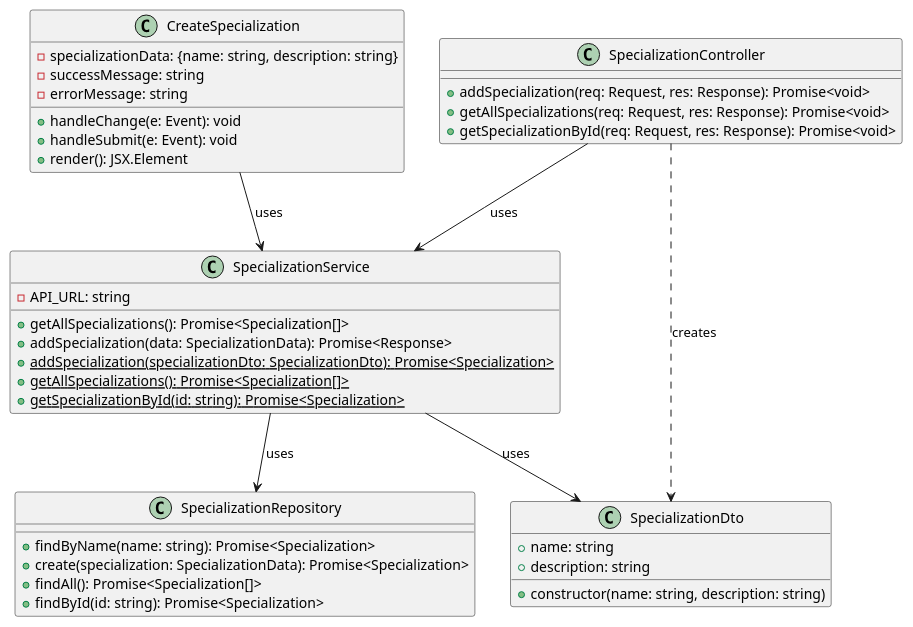
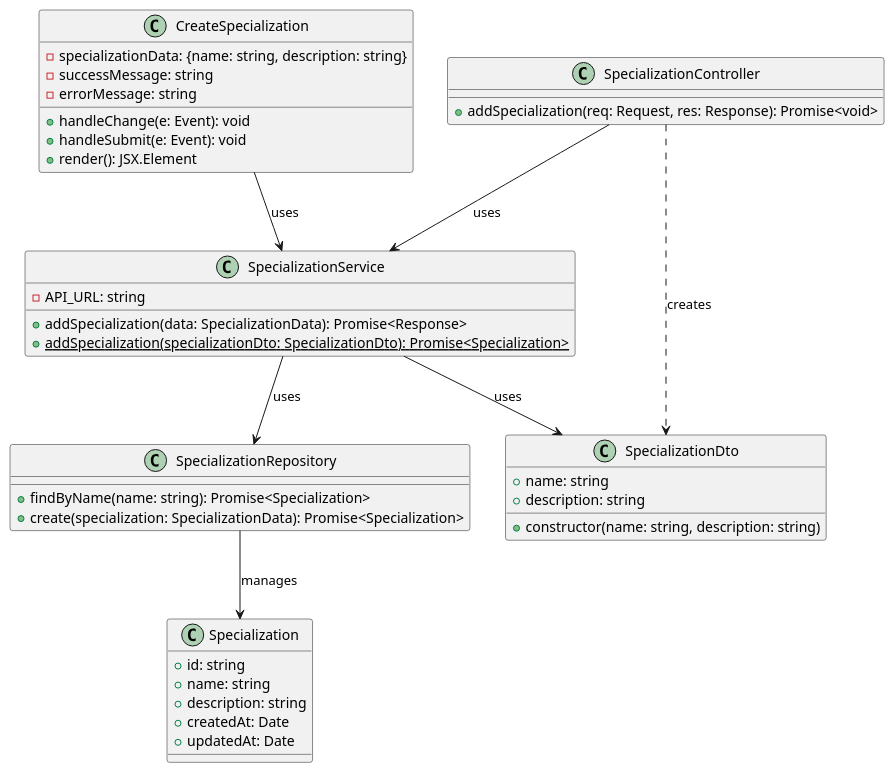
Before and after one commit to HugBar/3DC_G17: the diagram in docs/Sprint3/US 7.2.11/CD.puml, drawn with PlantUML. The commit also changed 5 other files, not shown here.

```diff
--- a/docs/Sprint3/US 7.2.11/CD.puml
+++ b/docs/Sprint3/US 7.2.11/CD.puml
@@ -1,52 +1,54 @@
-@startuml Add New Specialization Class Diagram
+@startuml Create Specialization Class Diagram
 
 ' Frontend Components
 class CreateSpecialization {
-  - specializationData: {name: string, description: string}
-  - successMessage: string
-  - errorMessage: string
-  + handleChange(e: Event): void
-  + handleSubmit(e: Event): void
-  + render(): JSX.Element
+  -specializationData: {name: string, description: string}
+  -successMessage: string
+  -errorMessage: string
+  +handleChange(e: Event): void
+  +handleSubmit(e: Event): void
+  +render(): JSX.Element
 }
 
 class SpecializationService {
-  - API_URL: string
-  + getAllSpecializations(): Promise<Specialization[]>
-  + addSpecialization(data: SpecializationData): Promise<Response>
+  -API_URL: string
+  +addSpecialization(data: SpecializationData): Promise<Response>
 }
 
 ' Backend Components
 class SpecializationController {
-  + addSpecialization(req: Request, res: Response): Promise<void>
-  + getAllSpecializations(req: Request, res: Response): Promise<void>
-  + getSpecializationById(req: Request, res: Response): Promise<void>
+  +addSpecialization(req: Request, res: Response): Promise<void>
 }
 
 class SpecializationService {
-  + {static} addSpecialization(specializationDto: SpecializationDto): Promise<Specialization>
-  + {static} getAllSpecializations(): Promise<Specialization[]>
-  + {static} getSpecializationById(id: string): Promise<Specialization>
+  +{static} addSpecialization(specializationDto: SpecializationDto): Promise<Specialization>
 }
 
 class SpecializationRepository {
-  + findByName(name: string): Promise<Specialization>
-  + create(specialization: SpecializationData): Promise<Specialization>
-  + findAll(): Promise<Specialization[]>
-  + findById(id: string): Promise<Specialization>
+  +findByName(name: string): Promise<Specialization>
+  +create(specialization: SpecializationData): Promise<Specialization>
 }
 
 class SpecializationDto {
-  + name: string
-  + description: string
-  + constructor(name: string, description: string)
+  +name: string
+  +description: string
+  +constructor(name: string, description: string)
+}
+
+class Specialization {
+  +id: string
+  +name: string
+  +description: string
+  +createdAt: Date
+  +updatedAt: Date
 }
 
 ' Relationships
 CreateSpecialization --> SpecializationService: uses
 SpecializationController --> SpecializationService: uses
 SpecializationService --> SpecializationRepository: uses
 SpecializationService --> SpecializationDto: uses
 SpecializationController ..> SpecializationDto: creates
+SpecializationRepository --> Specialization: manages
 
 @enduml
```
